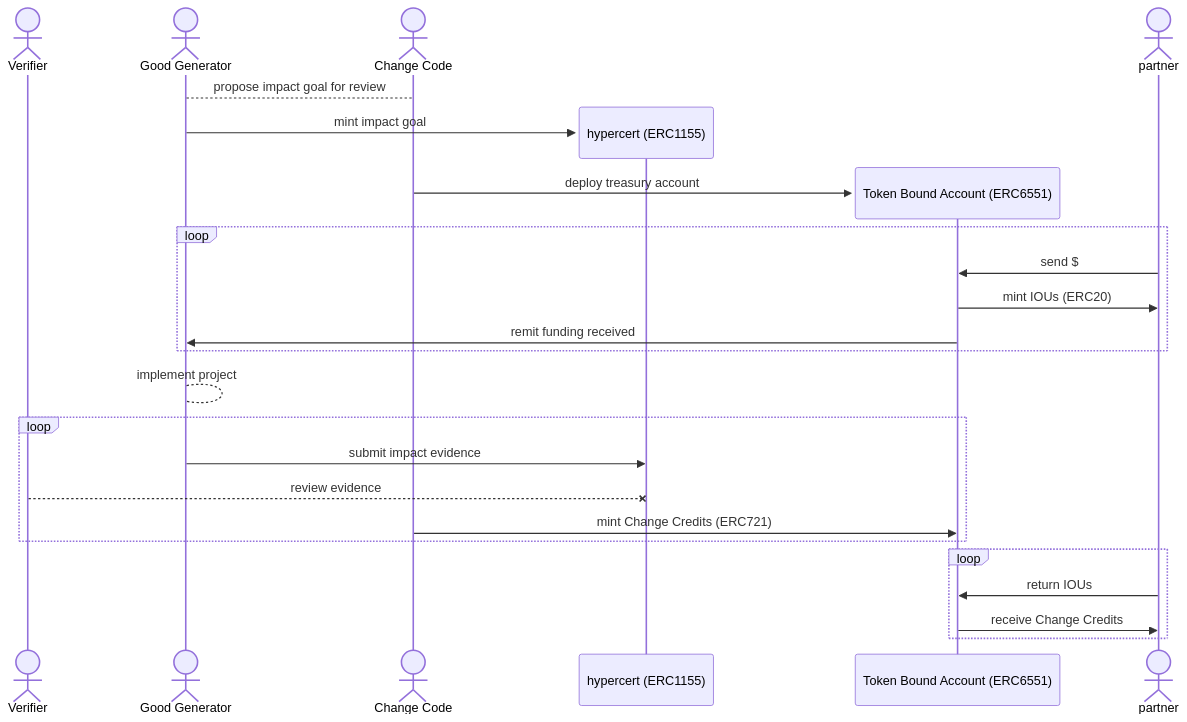
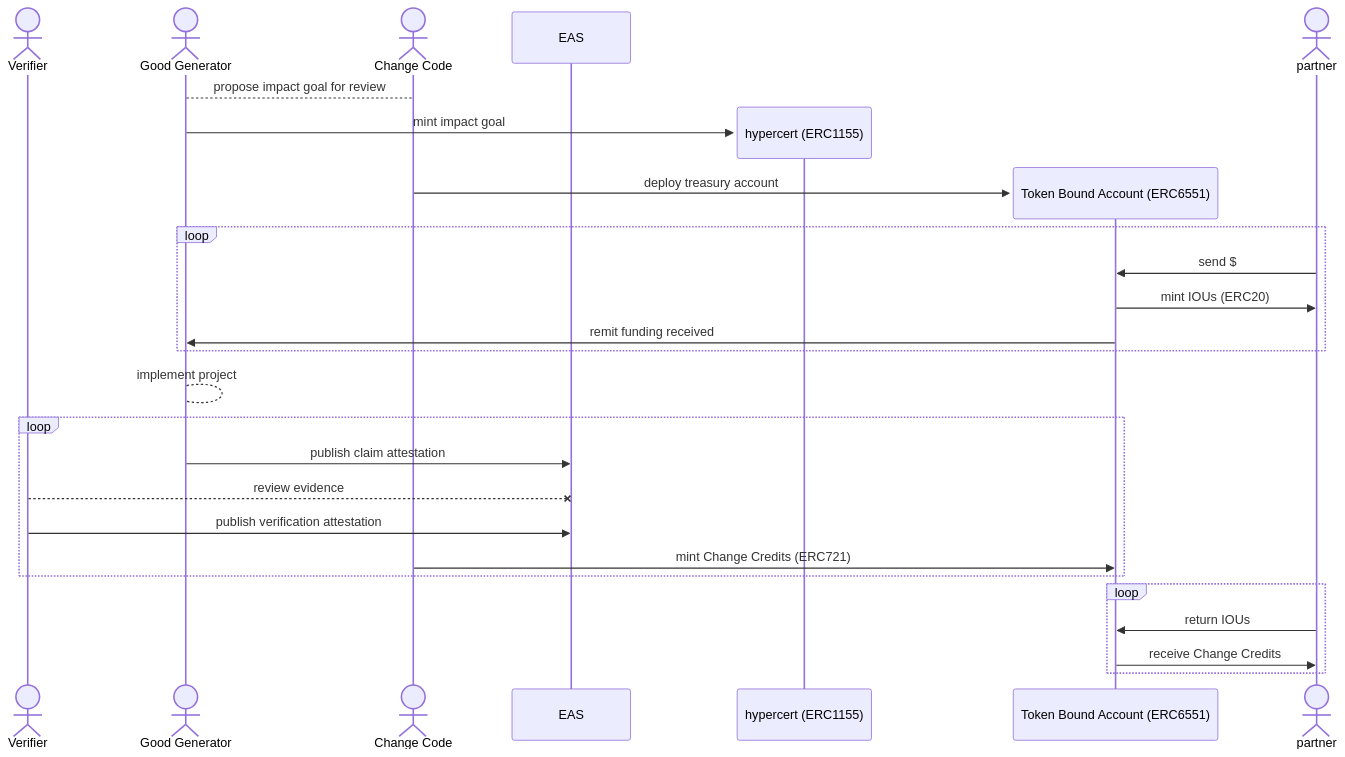
The diagram in change-credits/cc-minting.md (change-code-io/docs), drawn with Mermaid before and after one commit. The commit also changed other lines of this file and 3 other files, not shown here.

Commit message:
Foundations updated with networks. Verifcation added. Minting Overview updated to reconcile with Verification. Attestation schemas added.

````diff
--- a/change-credits/cc-minting.md
+++ b/change-credits/cc-minting.md
@@ -24,28 +24,30 @@
 ```mermaid
 sequenceDiagram
     actor Verifier
     actor Good Generator
     actor Change Code
     Good Generator-->Change Code: propose impact goal for review
+    participant EAS
     create participant hypercert (ERC1155)
     Good Generator->>hypercert (ERC1155): mint impact goal
     actor Change Code
     create participant Token Bound Account (ERC6551)
     Change Code->>Token Bound Account (ERC6551): deploy treasury account
     actor partner
     loop
         partner->>Token Bound Account (ERC6551): send $
         Token Bound Account (ERC6551)->>partner: mint IOUs (ERC20)
         Token Bound Account (ERC6551)->>Good Generator: remit funding received
     end
     Good Generator-->Good Generator: implement project
     loop
-        Good Generator->>hypercert (ERC1155): submit impact evidence
-        Verifier--xhypercert (ERC1155): review evidence
+        Good Generator->>EAS: publish claim attestation
+        Verifier--xEAS: review evidence
+        Verifier->>EAS: publish verification attestation
         Change Code->>Token Bound Account (ERC6551): mint Change Credits (ERC721)
     end
     Loop
         partner->>Token Bound Account (ERC6551): return IOUs
         Token Bound Account (ERC6551)->>partner: receive Change Credits
     end
 ```
````
